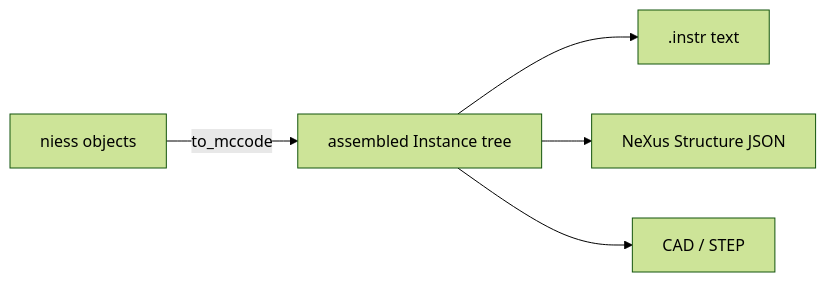
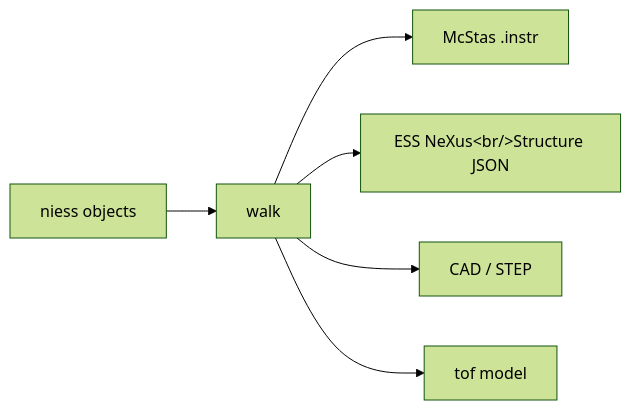
The diagram in docs/concepts.md (g5t/niess), drawn with Mermaid (forest theme) before and after one commit. The commit also changed other lines of this file and 15 other files, not shown here.

````diff
--- a/docs/concepts.md
+++ b/docs/concepts.md
@@ -63,7 +62,8 @@
 ```mermaid
 flowchart LR
-    N[niess objects] -->|to_mccode| I[assembled Instance tree]
-    I --> M[.instr text]
-    I --> X[NeXus Structure JSON]
-    I --> S[CAD / STEP]
+    N[niess objects] --> W[walk]
+    W --> M[McStas .instr]
+    W --> X[ESS NeXus&lt;br/&gt;Structure JSON]
+    W --> S[CAD / STEP]
+    W --> T[tof model]
 ```
````
